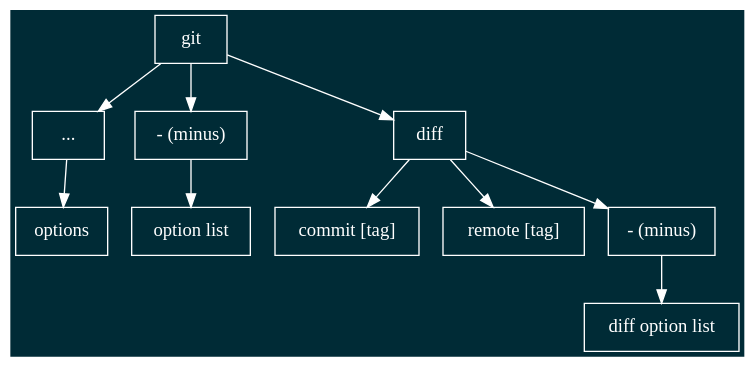
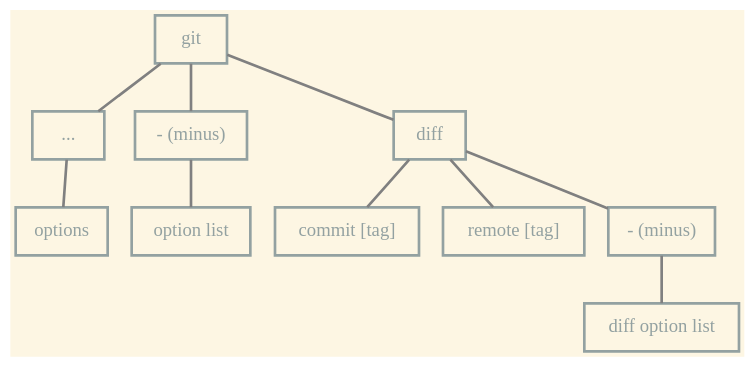
One commit to zv/zv.github.com changed the diagram in org/_posts/2015-10-01-a-review-of-zsh-completion-utilities.org. Above: the diagram before and after it, drawn with Graphviz. The commit also changed other lines of this file and 1 other file, not shown here.

```diff
--- a/org/_posts/2015-10-01-a-review-of-zsh-completion-utilities.org
+++ b/org/_posts/2015-10-01-a-review-of-zsh-completion-utilities.org
@@ -83,13 +79,13 @@
 #+BEGIN_SRC dot :output-dir ../../images :file zsh-command-structure.svg :cmdline -Kdot -Tsvg
 digraph G {
-  bgcolor="#002b36";
-  node [color=white, fontcolor=white, shape=box];
-  edge [color=white];
+  bgcolor="#fdf6e3";
+  edge [arrowhead=none, color=gray, penwidth=2];
+  node [color="#93a1a1", fontcolor="#93a1a1", shape=box, penwidth=2];
   git -> "..." -> options;
   git -> " - (minus)" -> "option list";
   git -> diff;
   diff -> "commit [tag]";
   diff -> "remote [tag]";
   diff -> "- (minus)" -> "diff option list";
 }
 #+END_SRC
```
